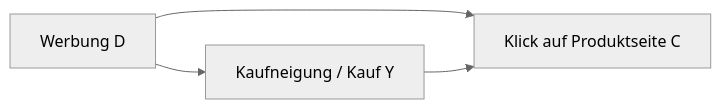
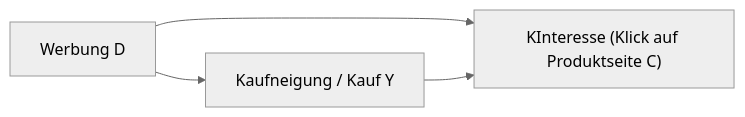
The fifth of 5 diagrams in slides/causal_inference_intro.qmd (JanTeichertKluge/causality-leysin), drawn with Mermaid (neutral theme) before and after one commit. The commit also changed other lines of this file, not shown here.

````diff
--- a/slides/causal_inference_intro.qmd
+++ b/slides/causal_inference_intro.qmd
@@ -608,6 +555,6 @@
 ```{mermaid}
 flowchart LR
-  D["Werbung D"] --> C["Klick auf Produktseite C"]
+  D["Werbung D"] --> C["KInteresse (Klick auf Produktseite C)"]
   Y["Kaufneigung / Kauf Y"] --> C
   D --> Y
 ```
````
